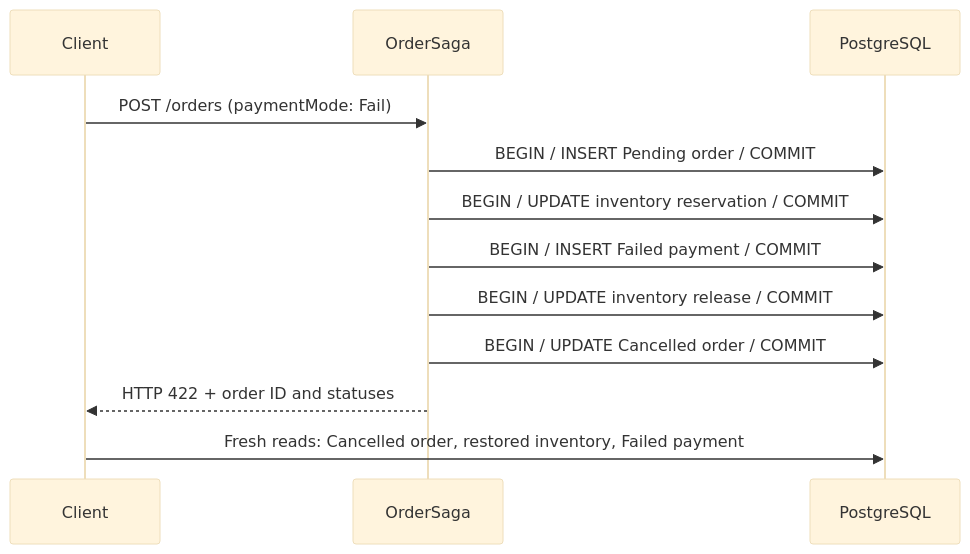
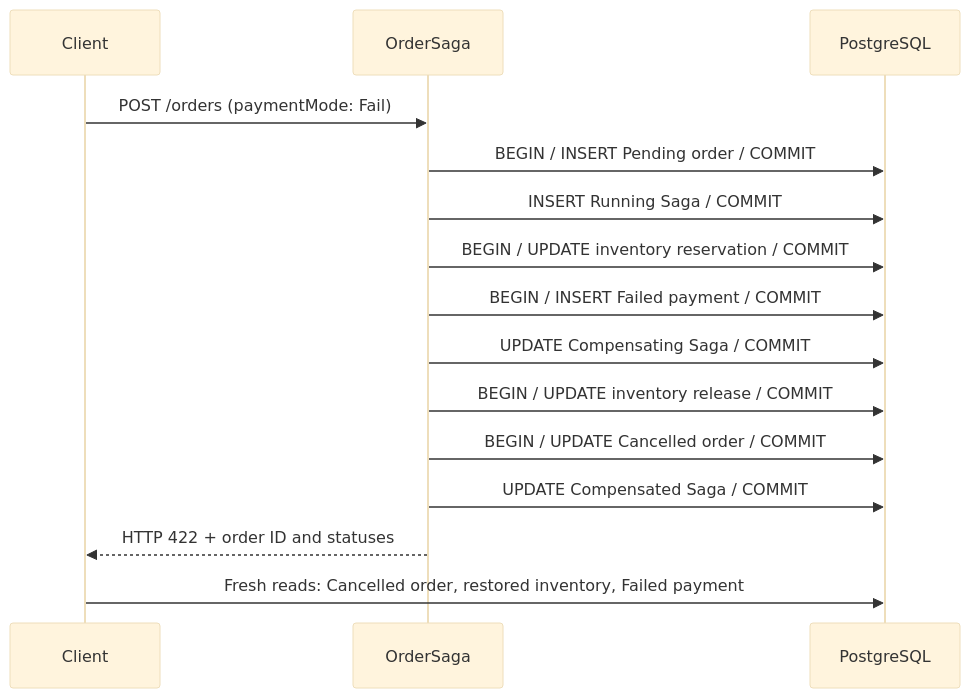
The third of 5 diagrams in 05-saga-pattern/README.md (Luqa1/Engineering-Playground), drawn with Mermaid (base theme) before and after one commit. The commit also changed other lines of this file and 12 other files, not shown here.

````diff
--- a/05-saga-pattern/README.md
+++ b/05-saga-pattern/README.md
@@ -132,14 +136,17 @@
 ```mermaid
 sequenceDiagram
     participant Client
     participant Processor as OrderSaga
     participant DB as PostgreSQL
     Client->>Processor: POST /orders (paymentMode: Fail)
     Processor->>DB: BEGIN / INSERT Pending order / COMMIT
+    Processor->>DB: INSERT Running Saga / COMMIT
     Processor->>DB: BEGIN / UPDATE inventory reservation / COMMIT
     Processor->>DB: BEGIN / INSERT Failed payment / COMMIT
+    Processor->>DB: UPDATE Compensating Saga / COMMIT
     Processor->>DB: BEGIN / UPDATE inventory release / COMMIT
     Processor->>DB: BEGIN / UPDATE Cancelled order / COMMIT
+    Processor->>DB: UPDATE Compensated Saga / COMMIT
     Processor-->>Client: HTTP 422 + order ID and statuses
     Client->>DB: Fresh reads: Cancelled order, restored inventory, Failed payment
 ```
````
